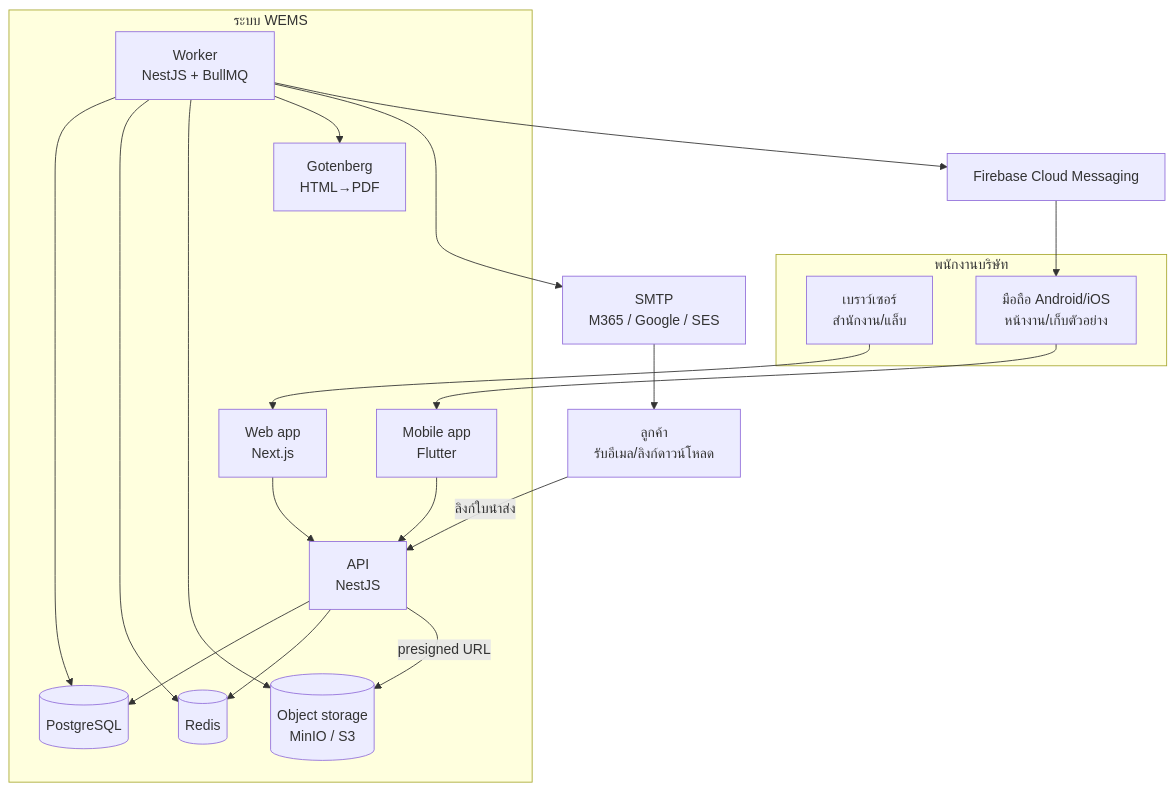
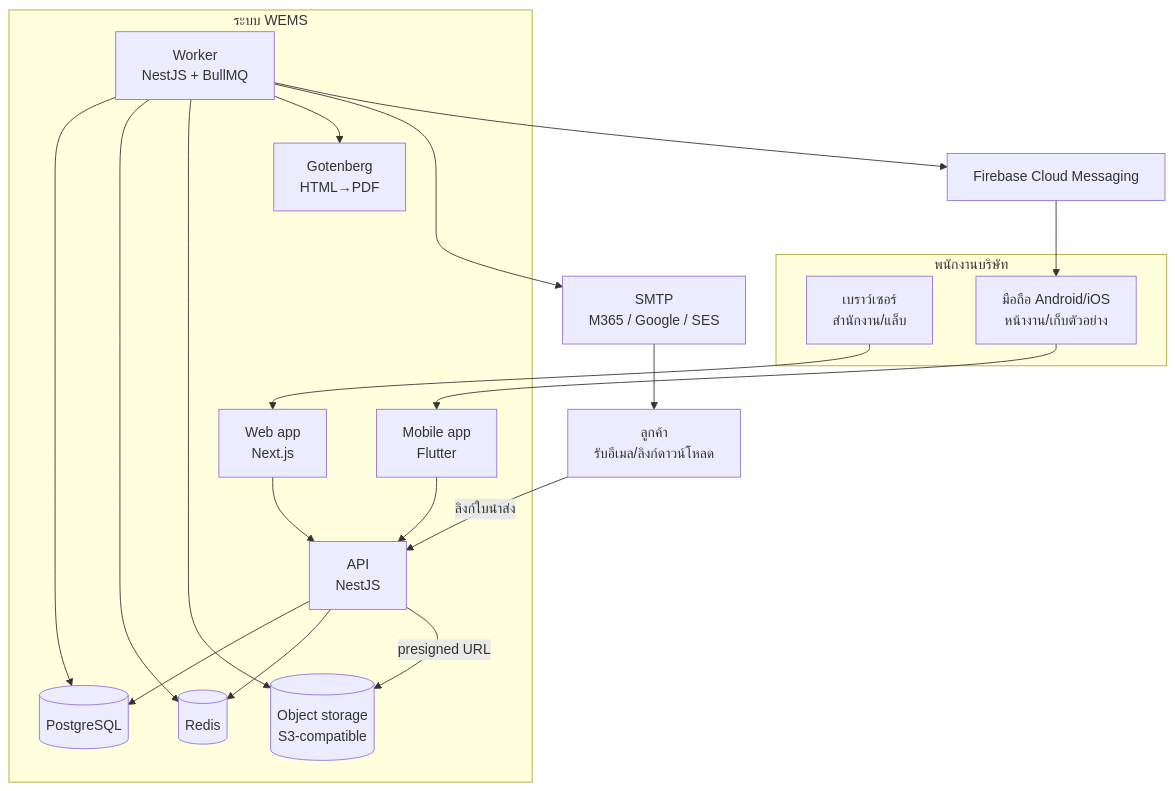
One commit to khunchay-a1/wems changed the first of 4 diagrams in docs/02-architecture.md. Above: the diagram before and after it, drawn with Mermaid. The commit also changed other lines of this file and 12 other files, not shown here.

````diff
--- a/docs/02-architecture.md
+++ b/docs/02-architecture.md
@@ -5,33 +5,33 @@
 ```mermaid
 flowchart TB
   subgraph Users[พนักงานบริษัท]
     W[เบราว์เซอร์<br/>สำนักงาน/แล็บ]
     M[มือถือ Android/iOS<br/>หน้างาน/เก็บตัวอย่าง]
   end
   subgraph WEMS[ระบบ WEMS]
     WEB[Web app<br/>Next.js]
     APP[Mobile app<br/>Flutter]
     API[API<br/>NestJS]
     WK[Worker<br/>NestJS + BullMQ]
     DB[(PostgreSQL)]
     RD[(Redis)]
-    S3[(Object storage<br/>MinIO / S3)]
+    S3[(Object storage<br/>S3-compatible)]
     GB[Gotenberg<br/>HTML→PDF]
   end
   CL[ลูกค้า<br/>รับอีเมล/ลิงก์ดาวน์โหลด]
   SMTP[SMTP<br/>M365 / Google / SES]
   FCM[Firebase Cloud Messaging]
 
   W --> WEB --> API
   M --> APP --> API
   API --> DB
   API --> RD
   API -->|presigned URL| S3
   WK --> DB
   WK --> RD
   WK --> S3
   WK --> GB
   WK --> SMTP --> CL
   WK --> FCM --> M
   CL -->|ลิงก์ใบนำส่ง| API
 ```
````
